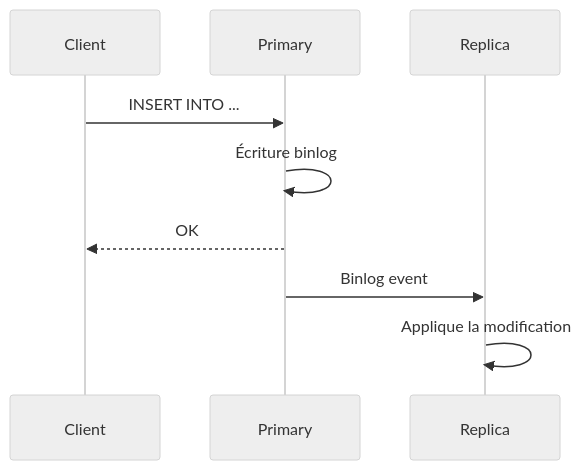
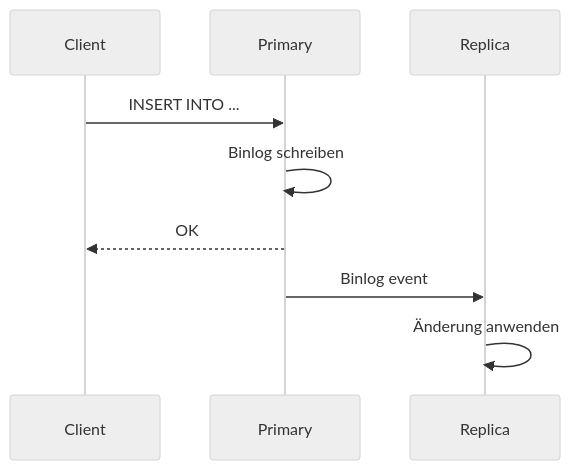
One commit to HidoraSwiss/hikube-public-doc changed the second of 2 diagrams in i18n/de/docusaurus-plugin-content-docs/current/services/databases/mysql/concepts.md. Above: the diagram before and after it, drawn with Mermaid (neutral theme). The commit also changed other lines of this file and 121 other files, not shown here.

````diff
--- a/i18n/de/docusaurus-plugin-content-docs/current/services/databases/mysql/concepts.md
+++ b/i18n/de/docusaurus-plugin-content-docs/current/services/databases/mysql/concepts.md
@@ -80,12 +80,12 @@
 ```mermaid
 sequenceDiagram
     participant Client
     participant Primary
     participant Replica
 
     Client->>Primary: INSERT INTO ...
-    Primary->>Primary: Écriture binlog
+    Primary->>Primary: Binlog schreiben
     Primary-->>Client: OK
     Primary->>Replica: Binlog event
-    Replica->>Replica: Applique la modification
+    Replica->>Replica: Änderung anwenden
 ```
````
